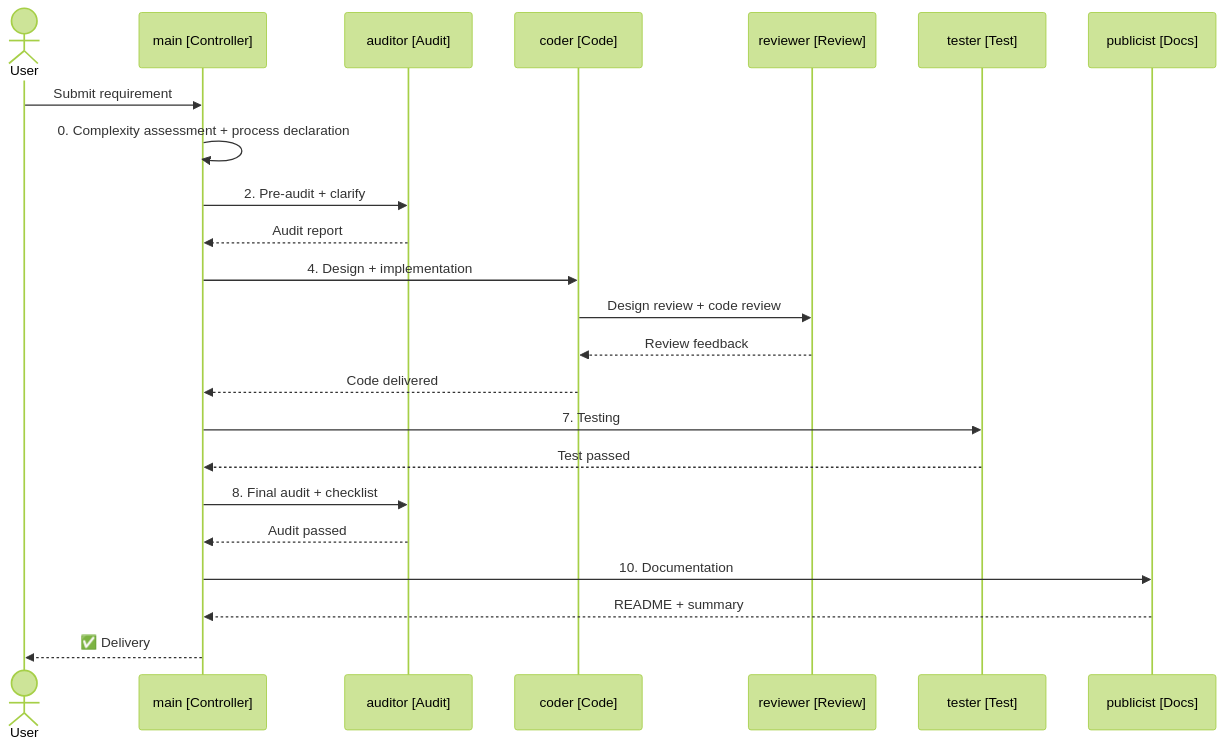
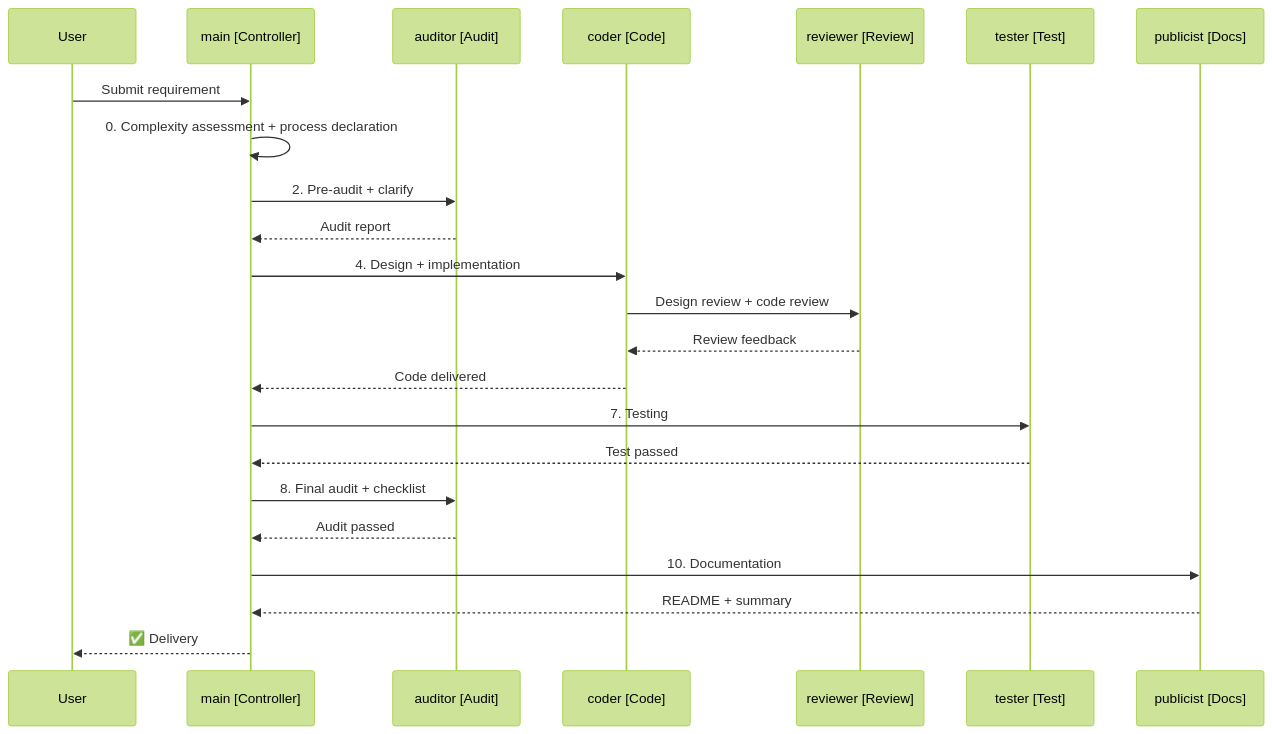
Before and after one commit to iFeel-is-a-mouse/openclaw-teamdev-flow: the diagram in README.md, drawn with Mermaid (forest theme).

Commit message:
fix: replace actor User with participant User as User in Mermaid diagram for GitHub compatibility

````diff
--- a/README.md
+++ b/README.md
@@ -20,32 +20,32 @@
 ```mermaid
 sequenceDiagram
-    actor User
+    participant User as User
     participant Main as main [Controller]
     participant Auditor as auditor [Audit]
     participant Coder as coder [Code]
     participant Reviewer as reviewer [Review]
     participant Tester as tester [Test]
     participant Publicist as publicist [Docs]
 
     User->>Main: Submit requirement
     Main->>Main: 0. Complexity assessment + process declaration
 
     Main->>Auditor: 2. Pre-audit + clarify
     Auditor-->>Main: Audit report
 
     Main->>Coder: 4. Design + implementation
     Coder->>Reviewer: Design review + code review
     Reviewer-->>Coder: Review feedback
     Coder-->>Main: Code delivered
 
     Main->>Tester: 7. Testing
     Tester-->>Main: Test passed
 
     Main->>Auditor: 8. Final audit + checklist
     Auditor-->>Main: Audit passed
 
     Main->>Publicist: 10. Documentation
     Publicist-->>Main: README + summary
 
     Main-->>User: ✅ Delivery
 ```
````
